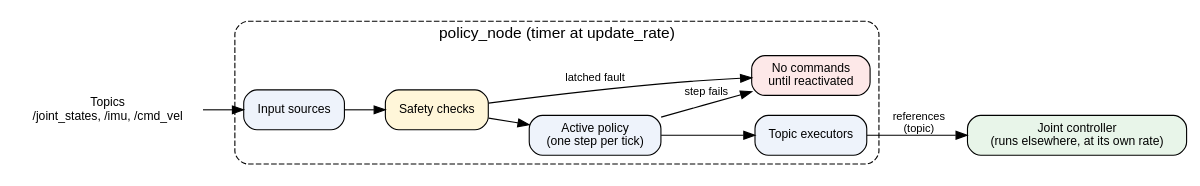
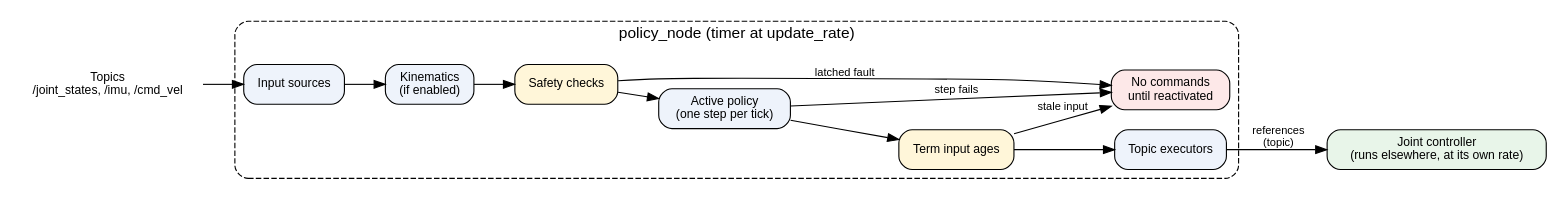
One commit to saikishor/ros2_policy_framework changed the first of 3 diagrams in docs/hosts.rst. Above: the diagram before and after it, drawn with Graphviz. The commit also changed other lines of this file and 1 other file, not shown here.

Commit message:
Show the kinematics update and the term input age check in the cycle diagrams

```diff
--- a/docs/hosts.rst
+++ b/docs/hosts.rst
@@ -13,22 +13,25 @@
 .. graphviz::
 
    digraph node_host {
      rankdir=LR;
      node [shape=box, style="rounded,filled", fillcolor="#eef3fb", fontname="Helvetica", fontsize=11];
      edge [fontname="Helvetica", fontsize=10];
      topics [label="Topics\n/joint_states, /imu, /cmd_vel", shape=plaintext, fillcolor=none];
      subgraph cluster_node {
        label="policy_node (timer at update_rate)"; style="rounded,dashed"; fontname="Helvetica";
        sources [label="Input sources"];
+       kin [label="Kinematics\n(if enabled)"];
        safety [label="Safety checks", fillcolor="#fff6d9"];
        policy [label="Active policy\n(one step per tick)"];
+       ages [label="Term input ages", fillcolor="#fff6d9"];
        execs [label="Topic executors"];
        stop [label="No commands\nuntil reactivated", fillcolor="#fde8e8"];
-       sources -> safety -> policy -> execs;
+       sources -> kin -> safety -> policy -> ages -> execs;
        safety -> stop [label="latched fault"];
        policy -> stop [label="step fails"];
+       ages -> stop [label="stale input"];
      }
      joint_ctrl [label="Joint controller\n(runs elsewhere, at its own rate)", fillcolor="#e8f5e9"];
      topics -> sources;
      execs -> joint_ctrl [label="references\n(topic)"];
    }
```
